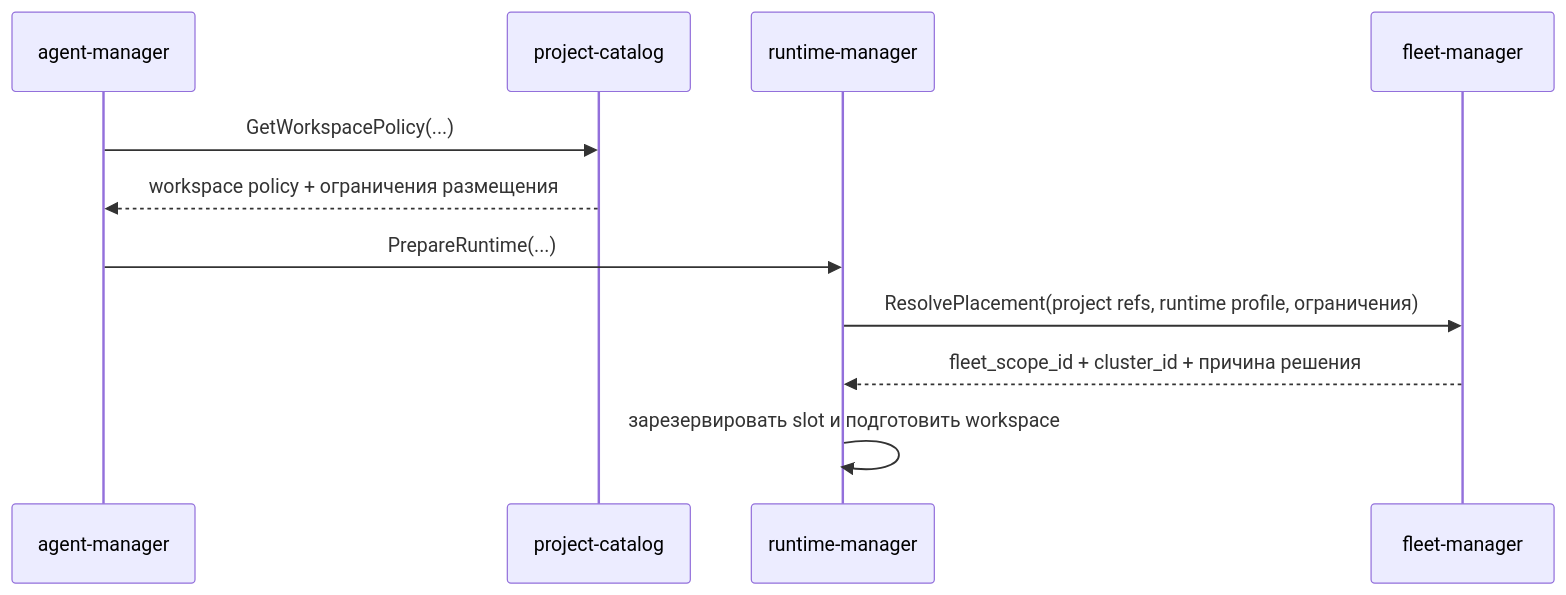
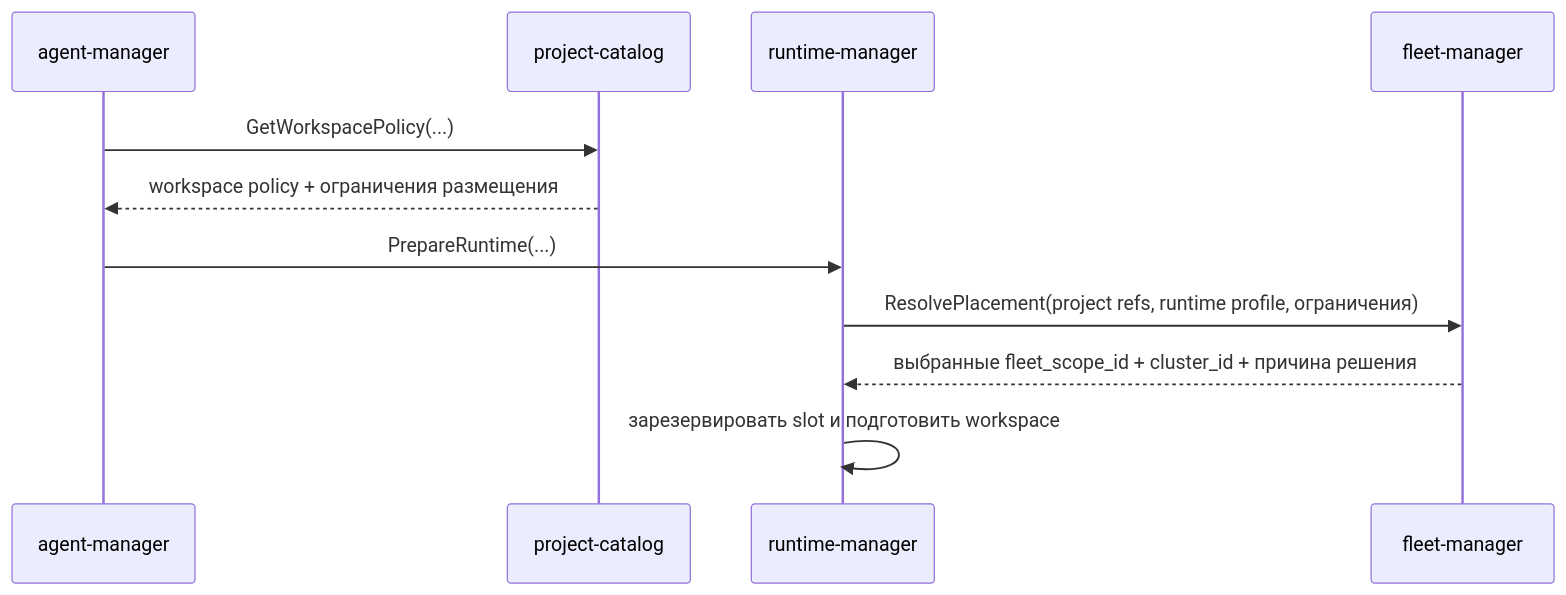
One commit to codex-k8s/kodex changed the third of 3 diagrams in docs/domains/runtime-and-fleet/architecture/fleet_manager_design.md. Above: the diagram before and after it, drawn with Mermaid. The commit also changed other lines of this file and 8 other files, not shown here.

Commit message:
Align fleet MVP with multi-cluster registry

````diff
--- a/docs/domains/runtime-and-fleet/architecture/fleet_manager_design.md
+++ b/docs/domains/runtime-and-fleet/architecture/fleet_manager_design.md
@@ -146,13 +149,13 @@
 ```mermaid
 sequenceDiagram
   participant AM as agent-manager
   participant PC as project-catalog
   participant R as runtime-manager
   participant F as fleet-manager
   AM->>PC: GetWorkspacePolicy(...)
   PC-->>AM: workspace policy + ограничения размещения
   AM->>R: PrepareRuntime(...)
   R->>F: ResolvePlacement(project refs, runtime profile, ограничения)
-  F-->>R: fleet_scope_id + cluster_id + причина решения
+  F-->>R: выбранные fleet_scope_id + cluster_id + причина решения
   R->>R: зарезервировать slot и подготовить workspace
 ```
````
